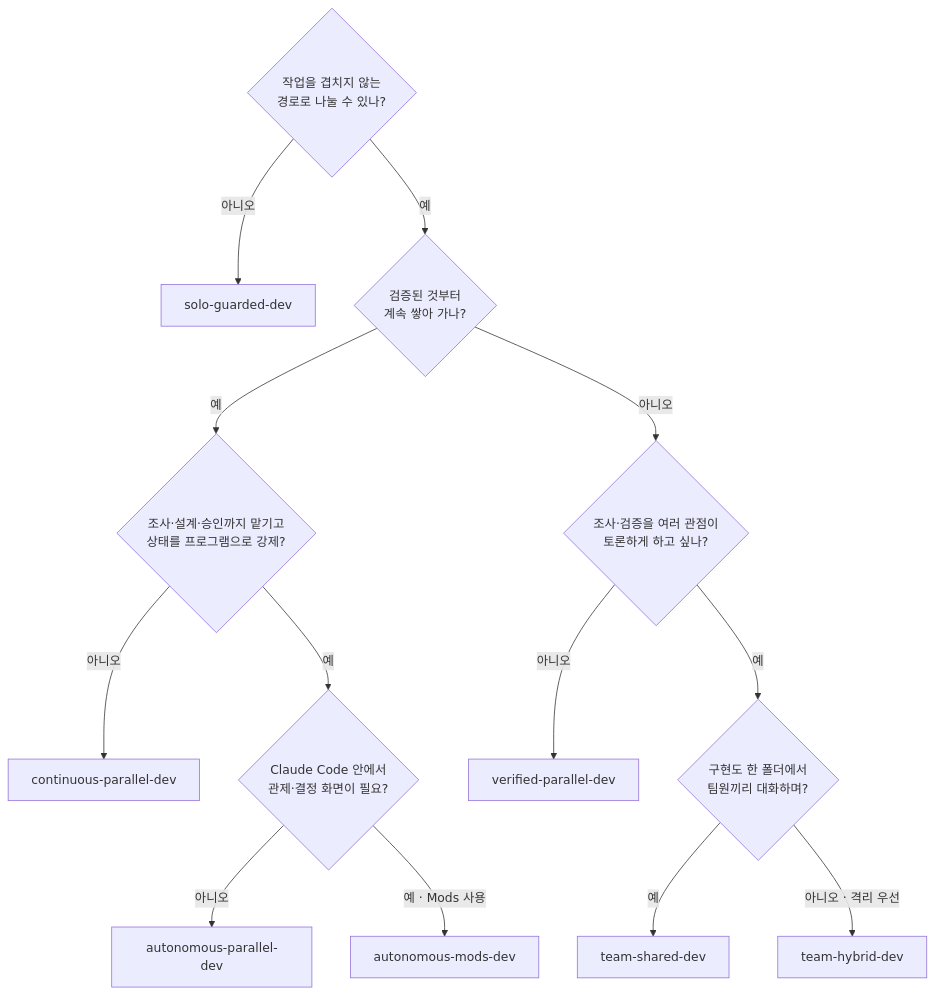
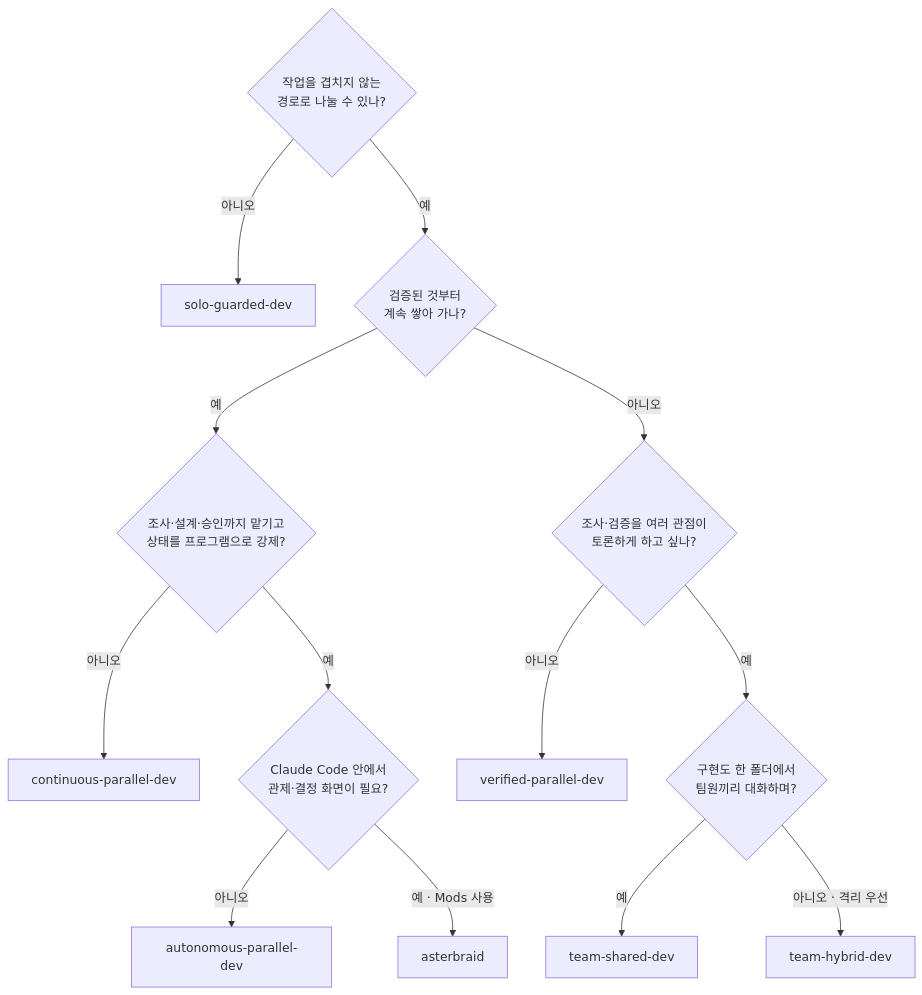
Before and after one commit to ZaRi1l/harness-templates: the diagram in README.md, drawn with Mermaid. The commit also changed other lines of this file and 31 other files, not shown here.

````diff
--- a/README.md
+++ b/README.md
@@ -27,15 +27,15 @@
 ```mermaid
 flowchart TD
     S{"작업을 겹치지 않는<br/>경로로 나눌 수 있나?"} -->|"아니오"| A["solo-guarded-dev"]
     S -->|"예"| P{"검증된 것부터<br/>계속 쌓아 가나?"}
     P -->|"예"| AU{"조사·설계·승인까지 맡기고<br/>상태를 프로그램으로 강제?"}
     AU -->|"아니오"| C["continuous-parallel-dev"]
     AU -->|"예"| MO{"Claude Code 안에서<br/>관제·결정 화면이 필요?"}
     MO -->|"아니오"| AP["autonomous-parallel-dev"]
-    MO -->|"예 · Mods 사용"| AM["autonomous-mods-dev"]
+    MO -->|"예 · Mods 사용"| AM["asterbraid"]
     P -->|"아니오"| Q{"조사·검증을 여러 관점이<br/>토론하게 하고 싶나?"}
     Q -->|"아니오"| V["verified-parallel-dev"]
     Q -->|"예"| R{"구현도 한 폴더에서<br/>팀원끼리 대화하며?"}
     R -->|"예"| SH["team-shared-dev"]
     R -->|"아니오 · 격리 우선"| HY["team-hybrid-dev"]
 ```
````
